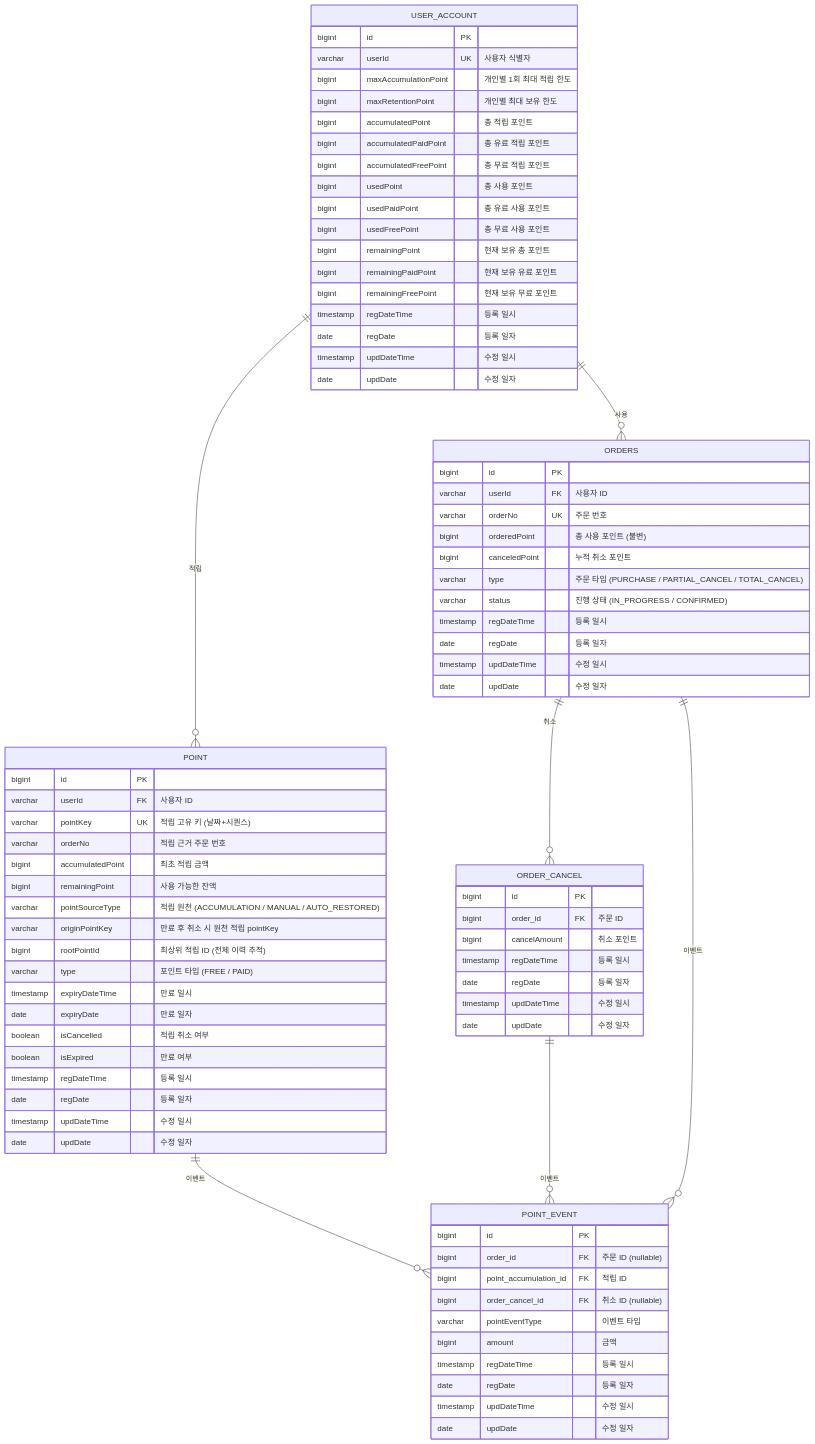
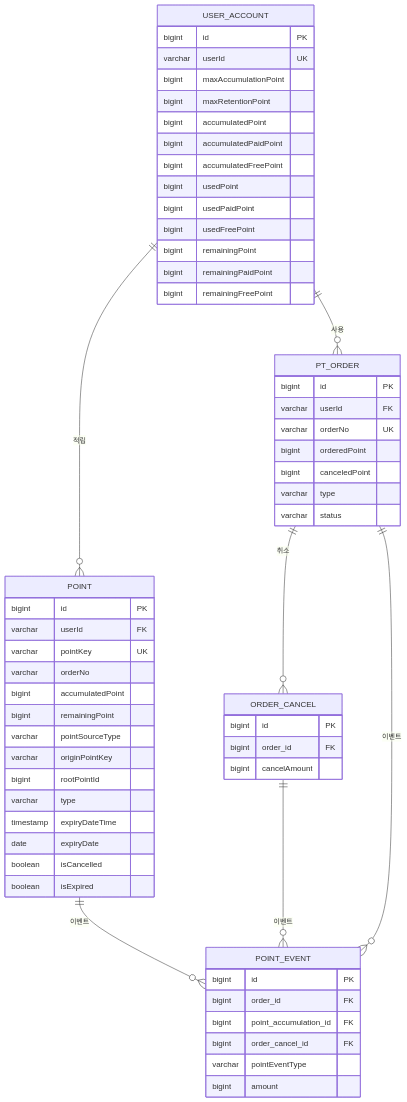
The diagram in docs/데이터베이스 설계.md (muzzaiwork/point), drawn with Mermaid before and after one commit.

Commit message:
docs: ERD mermaid 렌더링 오류 수정 (ORDER→PT_ORDER, 컬럼 주석 제거)

````diff
--- a/docs/데이터베이스 설계.md
+++ b/docs/데이터베이스 설계.md
@@ -9,87 +9,68 @@
 ```mermaid
 erDiagram
     USER_ACCOUNT ||--o{ POINT : "적립"
-    USER_ACCOUNT ||--o{ ORDERS : "사용"
-    ORDERS ||--o{ ORDER_CANCEL : "취소"
-    ORDERS ||--o{ POINT_EVENT : "이벤트"
+    USER_ACCOUNT ||--o{ PT_ORDER : "사용"
+    PT_ORDER ||--o{ ORDER_CANCEL : "취소"
+    PT_ORDER ||--o{ POINT_EVENT : "이벤트"
     POINT ||--o{ POINT_EVENT : "이벤트"
     ORDER_CANCEL ||--o{ POINT_EVENT : "이벤트"
+
     USER_ACCOUNT {
         bigint id PK
-        varchar userId UK "사용자 식별자"
-        bigint maxAccumulationPoint "개인별 1회 최대 적립 한도"
-        bigint maxRetentionPoint "개인별 최대 보유 한도"
-        bigint accumulatedPoint "총 적립 포인트"
-        bigint accumulatedPaidPoint "총 유료 적립 포인트"
-        bigint accumulatedFreePoint "총 무료 적립 포인트"
-        bigint usedPoint "총 사용 포인트"
-        bigint usedPaidPoint "총 유료 사용 포인트"
-        bigint usedFreePoint "총 무료 사용 포인트"
-        bigint remainingPoint "현재 보유 총 포인트"
-        bigint remainingPaidPoint "현재 보유 유료 포인트"
-        bigint remainingFreePoint "현재 보유 무료 포인트"
-        timestamp regDateTime "등록 일시"
-        date regDate "등록 일자"
-        timestamp updDateTime "수정 일시"
-        date updDate "수정 일자"
+        varchar userId UK
+        bigint maxAccumulationPoint
+        bigint maxRetentionPoint
+        bigint accumulatedPoint
+        bigint accumulatedPaidPoint
+        bigint accumulatedFreePoint
+        bigint usedPoint
+        bigint usedPaidPoint
+        bigint usedFreePoint
+        bigint remainingPoint
+        bigint remainingPaidPoint
+        bigint remainingFreePoint
     }
 
     POINT {
         bigint id PK
-        varchar userId FK "사용자 ID"
-        varchar pointKey UK "적립 고유 키 (날짜+시퀀스)"
-        varchar orderNo "적립 근거 주문 번호"
-        bigint accumulatedPoint "최초 적립 금액"
-        bigint remainingPoint "사용 가능한 잔액"
-        varchar pointSourceType "적립 원천 (ACCUMULATION / MANUAL / AUTO_RESTORED)"
-        varchar originPointKey "만료 후 취소 시 원천 적립 pointKey"
-        bigint rootPointId "최상위 적립 ID (전체 이력 추적)"
-        varchar type "포인트 타입 (FREE / PAID)"
-        timestamp expiryDateTime "만료 일시"
-        date expiryDate "만료 일자"
-        boolean isCancelled "적립 취소 여부"
-        boolean isExpired "만료 여부"
-        timestamp regDateTime "등록 일시"
-        date regDate "등록 일자"
-        timestamp updDateTime "수정 일시"
-        date updDate "수정 일자"
+        varchar userId FK
+        varchar pointKey UK
+        varchar orderNo
+        bigint accumulatedPoint
+        bigint remainingPoint
+        varchar pointSourceType
+        varchar originPointKey
+        bigint rootPointId
+        varchar type
+        timestamp expiryDateTime
+        date expiryDate
+        boolean isCancelled
+        boolean isExpired
     }
 
-    ORDERS {
+    PT_ORDER {
         bigint id PK
-        varchar userId FK "사용자 ID"
-        varchar orderNo UK "주문 번호"
-        bigint orderedPoint "총 사용 포인트 (불변)"
-        bigint canceledPoint "누적 취소 포인트"
-        varchar type "주문 타입 (PURCHASE / PARTIAL_CANCEL / TOTAL_CANCEL)"
-        varchar status "진행 상태 (IN_PROGRESS / CONFIRMED)"
-        timestamp regDateTime "등록 일시"
-        date regDate "등록 일자"
-        timestamp updDateTime "수정 일시"
-        date updDate "수정 일자"
+        varchar userId FK
+        varchar orderNo UK
+        bigint orderedPoint
+        bigint canceledPoint
+        varchar type
+        varchar status
     }
 
     ORDER_CANCEL {
         bigint id PK
-        bigint order_id FK "주문 ID"
-        bigint cancelAmount "취소 포인트"
-        timestamp regDateTime "등록 일시"
-        date regDate "등록 일자"
-        timestamp updDateTime "수정 일시"
-        date updDate "수정 일자"
+        bigint order_id FK
+        bigint cancelAmount
     }
 
     POINT_EVENT {
         bigint id PK
-        bigint order_id FK "주문 ID (nullable)"
-        bigint point_accumulation_id FK "적립 ID"
-        bigint order_cancel_id FK "취소 ID (nullable)"
-        varchar pointEventType "이벤트 타입"
-        bigint amount "금액"
-        timestamp regDateTime "등록 일시"
-        date regDate "등록 일자"
-        timestamp updDateTime "수정 일시"
-        date updDate "수정 일자"
+        bigint order_id FK
+        bigint point_accumulation_id FK
+        bigint order_cancel_id FK
+        varchar pointEventType
+        bigint amount
     }
 
 ```
````
